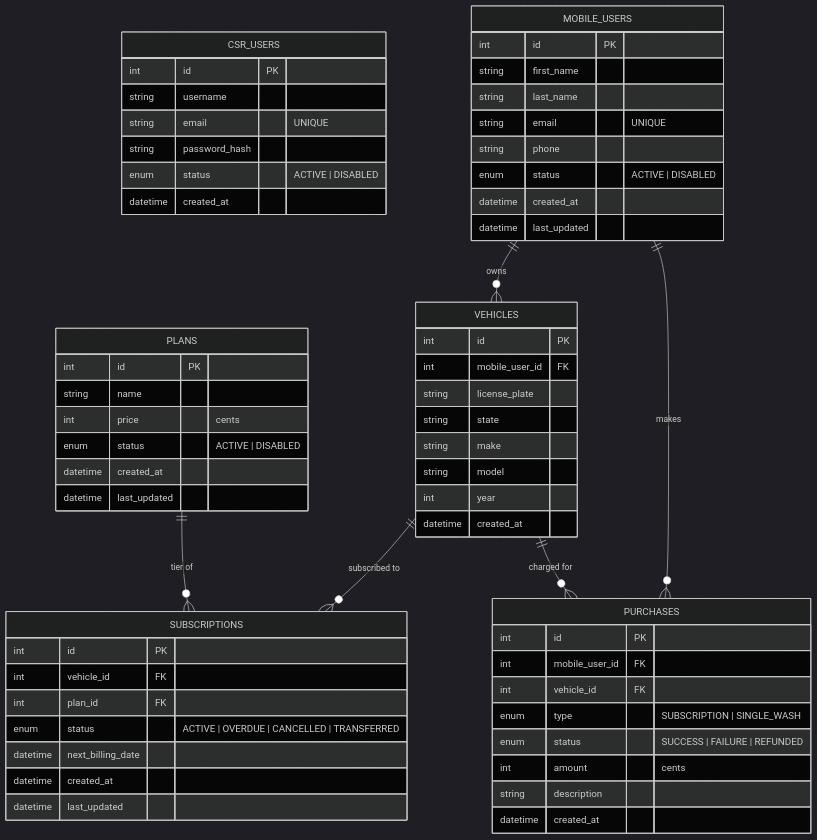
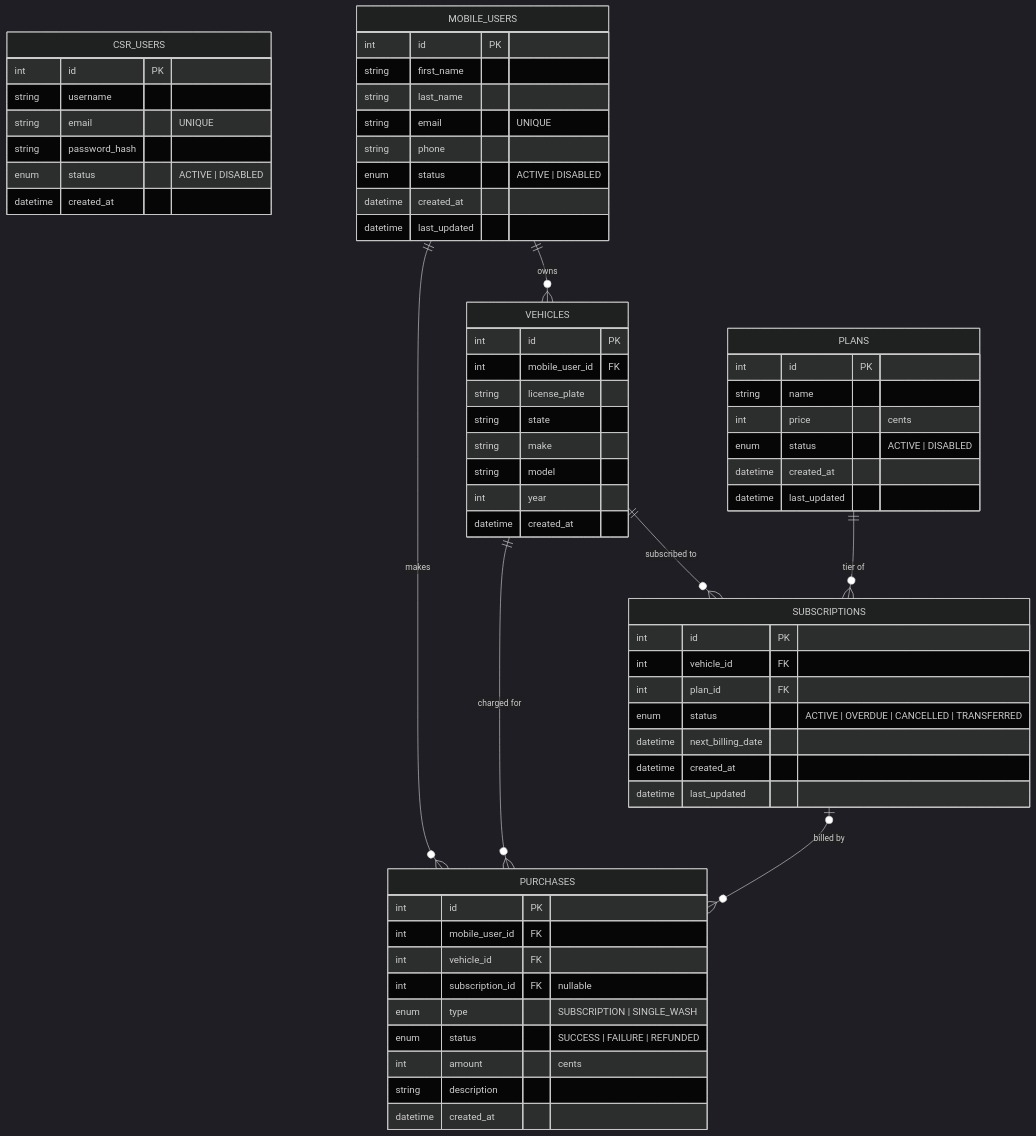
One commit to ajarnagin1992/amp-csr-portal changed the diagram in ER-DIAGRAM.md. Above: the diagram before and after it, drawn with Mermaid (dark theme). The commit also changed 6 other files, not shown here.

````diff
--- a/ER-DIAGRAM.md
+++ b/ER-DIAGRAM.md
@@ -1,64 +1,66 @@
 ```mermaid
 erDiagram
 	CSR_USERS{
         int id PK
         string username
         string email "UNIQUE"
         string password_hash
         enum status "ACTIVE | DISABLED"
         datetime created_at
 	}
 	MOBILE_USERS{
 		int id PK
 		string first_name
 		string last_name
 		string email "UNIQUE"
 		string phone
 		enum status "ACTIVE | DISABLED"
 		datetime created_at
         datetime last_updated
 	}
 	VEHICLES{
 		int id PK
 		int mobile_user_id FK
         string license_plate
         string state
         string make
         string model
         int year
         datetime created_at
 	}
     PLANS{
         int id PK
         string name
         int price "cents"
         enum status "ACTIVE | DISABLED"
         datetime created_at
         datetime last_updated
     }
 	PURCHASES{
 		int id PK
         int mobile_user_id FK
         int vehicle_id FK
+        int subscription_id FK "nullable"
 		enum type "SUBSCRIPTION | SINGLE_WASH"
         enum status "SUCCESS | FAILURE | REFUNDED"
 		int amount "cents"
         string description
         datetime created_at
 	}
 	SUBSCRIPTIONS{
 		int id PK
 		int vehicle_id FK
         int plan_id FK
         enum status "ACTIVE | OVERDUE | CANCELLED | TRANSFERRED"
         datetime next_billing_date
         datetime created_at
         datetime last_updated
 	}
 	
 	MOBILE_USERS ||--o{ VEHICLES : "owns"
 	MOBILE_USERS ||--o{ PURCHASES : "makes"
 	VEHICLES ||--o{ SUBSCRIPTIONS : "subscribed to"
     PLANS ||--o{ SUBSCRIPTIONS : "tier of"
     VEHICLES ||--o{ PURCHASES : "charged for"
+    SUBSCRIPTIONS |o--o{ PURCHASES : "billed by"
 ```
````
